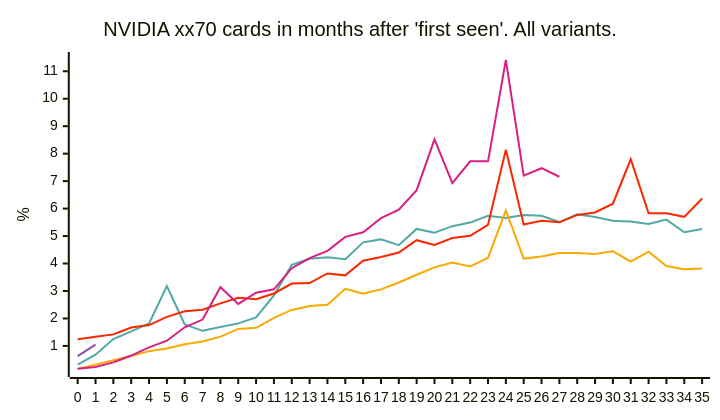
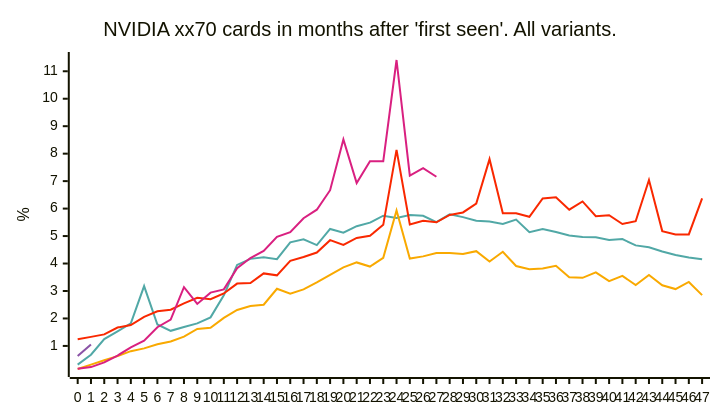
One commit to jdegene/birch-mapping changed the third of 4 diagrams in README.md. Above: the diagram before and after it, drawn with Mermaid. The commit also changed other lines of this file, not shown here.

````diff
--- a/README.md
+++ b/README.md
@@ -68,24 +68,24 @@
 ```mermaid
 ---
 config:
     xyChart:
         width: 700
         height: 400
         
     themeVariables:
         xyChart:
             plotColorPalette: "#51a8a6,#f9a900,#f92800,#d92080,#8a52a6"
 
 --- 
 
 
 xychart-beta
     title "NVIDIA xx70 cards in months after 'first seen'. All variants."
-    x-axis[0, 1, 2, 3, 4, 5, 6, 7, 8, 9, 10, 11, 12, 13, 14, 15, 16, 17, 18, 19, 20, 21, 22, 23, 24, 25, 26, 27, 28, 29, 30, 31, 32, 33, 34, 35]
+    x-axis[0, 1, 2, 3, 4, 5, 6, 7, 8, 9, 10, 11, 12, 13, 14, 15, 16, 17, 18, 19, 20, 21, 22, 23, 24, 25, 26, 27, 28, 29, 30, 31, 32, 33, 34, 35, 36, 37, 38, 39, 40, 41, 42, 43, 44, 45, 46, 47]
     y-axis "%" 
-    line [0.32, 0.6799999999999999, 1.25, 1.53, 1.82, 3.18, 1.78, 1.55, 1.69, 1.82, 2.04, 2.84, 3.95, 4.17, 4.2299999999999995, 4.16, 4.77, 4.88, 4.67, 5.26, 5.119999999999999, 5.36, 5.489999999999999, 5.74, 5.66, 5.7700000000000005, 5.74, 5.51, 5.79, 5.6899999999999995, 5.56, 5.53, 5.4399999999999995, 5.6000000000000005, 5.140000000000001, 5.26]
-    line [0.16, 0.32, 0.48, 0.63, 0.8099999999999999, 0.91, 1.06, 1.16, 1.34, 1.6199999999999999, 1.66, 2.02, 2.31, 2.45, 2.5, 3.0799999999999996, 2.9000000000000004, 3.06, 3.3100000000000005, 3.5900000000000003, 3.8599999999999994, 4.04, 3.8900000000000006, 4.21, 5.930000000000001, 4.180000000000001, 4.26, 4.38, 4.38, 4.35, 4.45, 4.07, 4.43, 3.91, 3.7900000000000005, 3.82]
-    line [1.24, 1.3299999999999998, 1.4200000000000002, 1.67, 1.7599999999999998, 2.06, 2.2600000000000002, 2.3200000000000003, 2.55, 2.75, 2.7, 2.9099999999999997, 3.27, 3.29, 3.64, 3.5700000000000003, 4.1000000000000005, 4.24, 4.3999999999999995, 4.8500000000000005, 4.68, 4.930000000000001, 5.01, 5.41, 8.14, 5.42, 5.56, 5.5, 5.7700000000000005, 5.86, 6.18, 7.8, 5.83, 5.83, 5.7, 6.370000000000001]
+    line [0.32, 0.6799999999999999, 1.25, 1.53, 1.82, 3.18, 1.78, 1.55, 1.69, 1.82, 2.04, 2.84, 3.95, 4.17, 4.2299999999999995, 4.16, 4.77, 4.88, 4.67, 5.26, 5.119999999999999, 5.36, 5.489999999999999, 5.74, 5.66, 5.7700000000000005, 5.74, 5.51, 5.79, 5.6899999999999995, 5.56, 5.53, 5.4399999999999995, 5.6000000000000005, 5.140000000000001, 5.26, 5.1499999999999995, 5.0200000000000005, 4.97, 4.96, 4.859999999999999, 4.89, 4.66, 4.59, 4.44, 4.31, 4.22, 4.16]
+    line [0.16, 0.32, 0.48, 0.63, 0.8099999999999999, 0.91, 1.06, 1.16, 1.34, 1.6199999999999999, 1.66, 2.02, 2.31, 2.45, 2.5, 3.0799999999999996, 2.9000000000000004, 3.06, 3.3100000000000005, 3.5900000000000003, 3.8599999999999994, 4.04, 3.8900000000000006, 4.21, 5.930000000000001, 4.180000000000001, 4.26, 4.38, 4.38, 4.35, 4.45, 4.07, 4.43, 3.91, 3.7900000000000005, 3.82, 3.92, 3.4999999999999996, 3.4800000000000004, 3.6799999999999997, 3.36, 3.55, 3.2199999999999998, 3.58, 3.2100000000000004, 3.07, 3.3300000000000005, 2.8499999999999996]
+    line [1.24, 1.3299999999999998, 1.4200000000000002, 1.67, 1.7599999999999998, 2.06, 2.2600000000000002, 2.3200000000000003, 2.55, 2.75, 2.7, 2.9099999999999997, 3.27, 3.29, 3.64, 3.5700000000000003, 4.1000000000000005, 4.24, 4.3999999999999995, 4.8500000000000005, 4.68, 4.930000000000001, 5.01, 5.41, 8.14, 5.42, 5.56, 5.5, 5.7700000000000005, 5.86, 6.18, 7.8, 5.83, 5.83, 5.7, 6.370000000000001, 6.41, 5.96, 6.260000000000001, 5.72, 5.76, 5.4399999999999995, 5.54, 7.04, 5.18, 5.06, 5.06, 6.369999999999999]
     line [0.16999999999999998, 0.22999999999999998, 0.4, 0.65, 0.95, 1.1900000000000002, 1.68, 1.96, 3.1399999999999997, 2.53, 2.94, 3.06, 3.83, 4.199999999999999, 4.46, 4.97, 5.140000000000001, 5.65, 5.96, 6.67, 8.52, 6.93, 7.720000000000001, 7.720000000000001, 11.41, 7.199999999999999, 7.470000000000001, 7.16]
     line [0.63, 1.0499999999999998]
 ``` 
````
